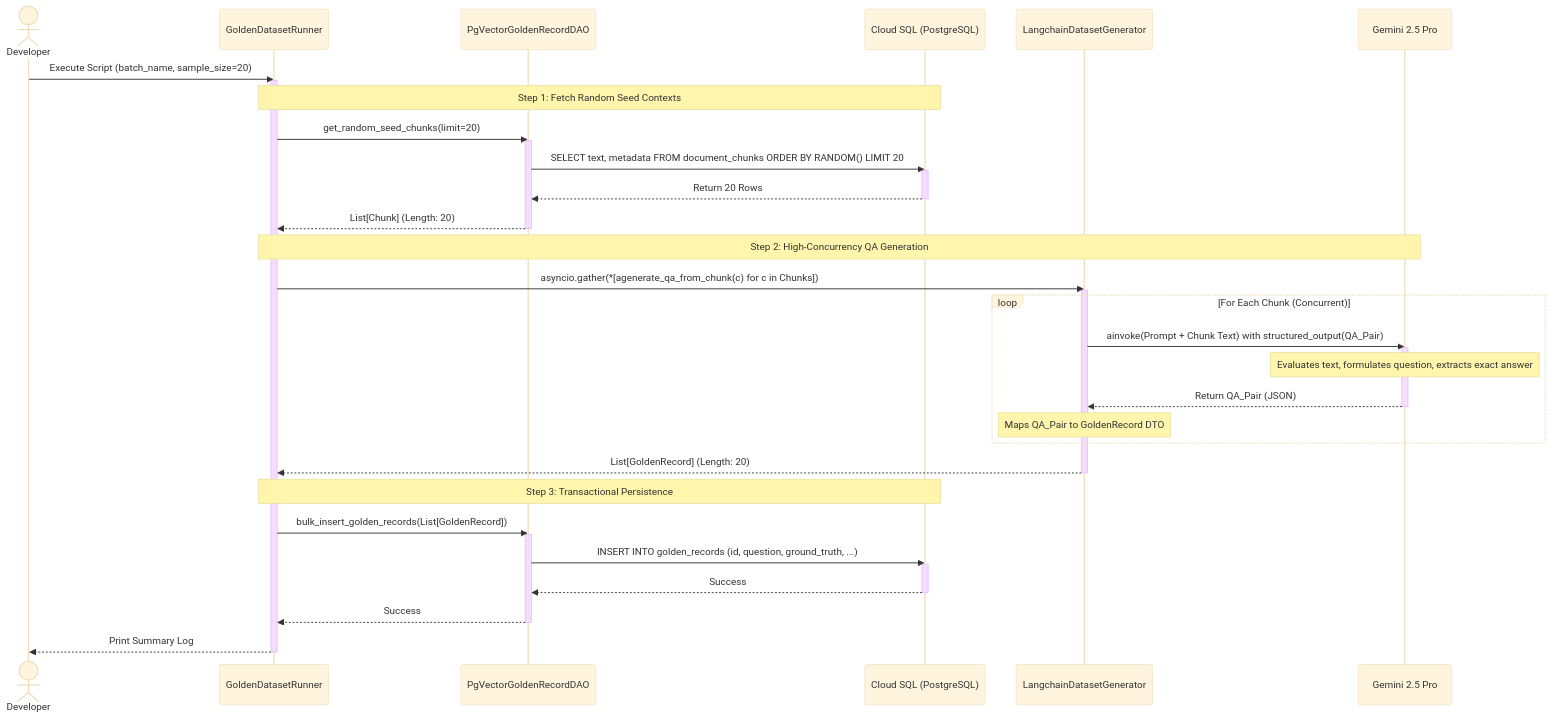
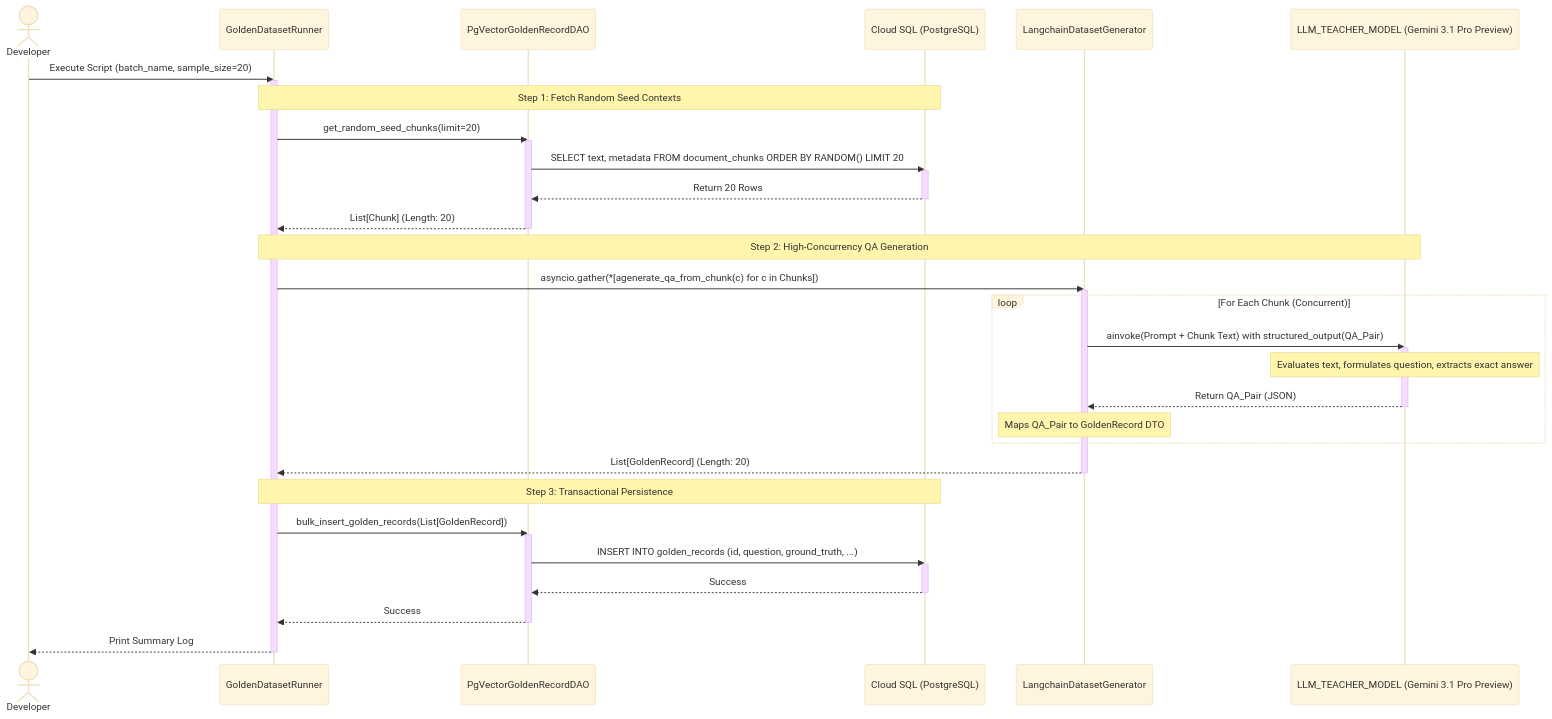
One commit to nvd11/automated-rag-evaluator changed the second of 2 diagrams in docs/phase3_golden_dataset_generation.md. Above: the diagram before and after it, drawn with Mermaid (base theme). The commit also changed other lines of this file, not shown here.

Commit message:
docs: highlight asymmetric compute architecture separating teacher and judge LLMs

````diff
--- a/docs/phase3_golden_dataset_generation.md
+++ b/docs/phase3_golden_dataset_generation.md
@@ -87,54 +87,54 @@
 ```mermaid
 sequenceDiagram
     actor Developer
     participant Runner as GoldenDatasetRunner
     participant DAO as PgVectorGoldenRecordDAO
     participant DB as Cloud SQL (PostgreSQL)
     participant Generator as LangchainDatasetGenerator
-    participant LLM as Gemini 2.5 Pro
+    participant LLM as LLM_TEACHER_MODEL (Gemini 3.1 Pro Preview)
 
     Developer->>Runner: Execute Script (batch_name, sample_size=20)
     activate Runner
 
     %% Step 1: Fetch Seeds
     Note over Runner, DB: Step 1: Fetch Random Seed Contexts
     Runner->>DAO: get_random_seed_chunks(limit=20)
     activate DAO
     DAO->>DB: SELECT text, metadata FROM document_chunks ORDER BY RANDOM() LIMIT 20
     activate DB
     DB-->>DAO: Return 20 Rows
     deactivate DB
     DAO-->>Runner: List[Chunk] (Length: 20)
     deactivate DAO
 
     %% Step 2: Concurrent Generation
     Note over Runner, LLM: Step 2: High-Concurrency QA Generation
     Runner->>Generator: asyncio.gather(*[agenerate_qa_from_chunk(c) for c in Chunks])
     activate Generator
     
     loop For Each Chunk (Concurrent)
         Generator->>LLM: ainvoke(Prompt + Chunk Text) with structured_output(QA_Pair)
         activate LLM
         Note over LLM: Evaluates text, formulates question, extracts exact answer
         LLM-->>Generator: Return QA_Pair (JSON)
         deactivate LLM
         Note over Generator: Maps QA_Pair to GoldenRecord DTO
     end
     
     Generator-->>Runner: List[GoldenRecord] (Length: 20)
     deactivate Generator
 
     %% Step 3: Persistence
     Note over Runner, DB: Step 3: Transactional Persistence
     Runner->>DAO: bulk_insert_golden_records(List[GoldenRecord])
     activate DAO
     DAO->>DB: INSERT INTO golden_records (id, question, ground_truth, ...)
     activate DB
     DB-->>DAO: Success
     deactivate DB
     DAO-->>Runner: Success
     deactivate DAO
 
     Runner-->>Developer: Print Summary Log
     deactivate Runner
 ```
````
